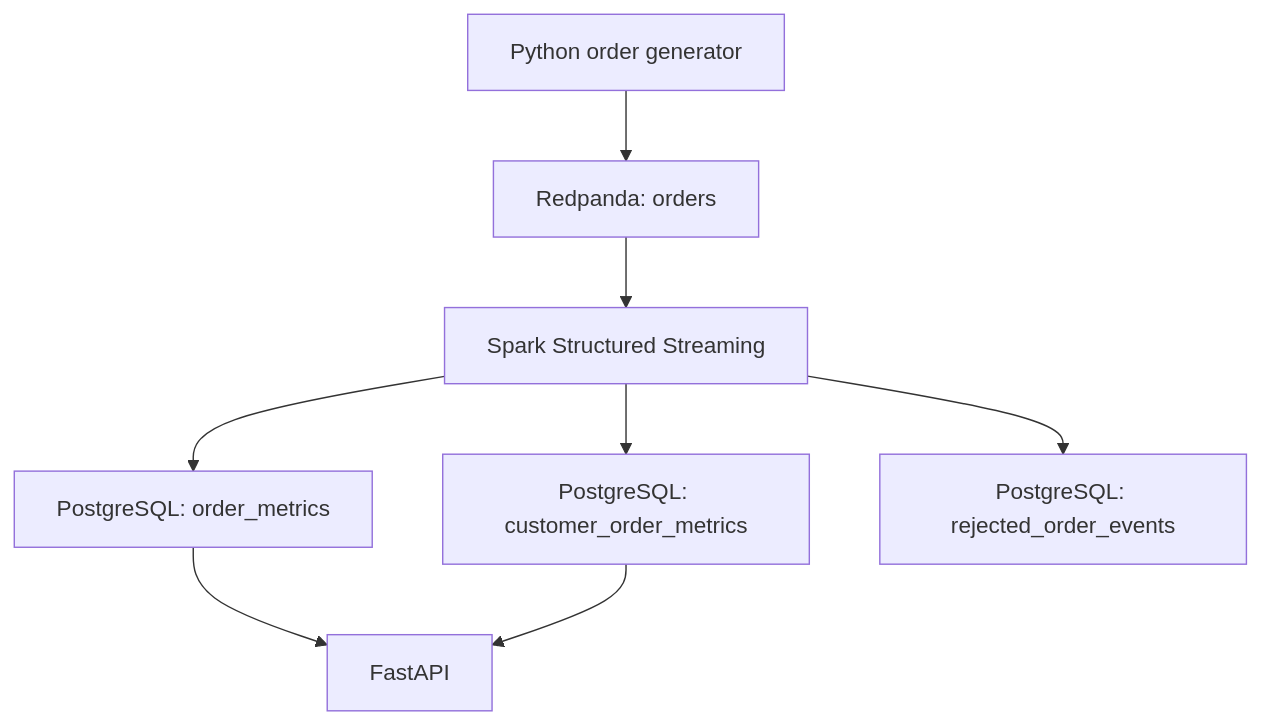
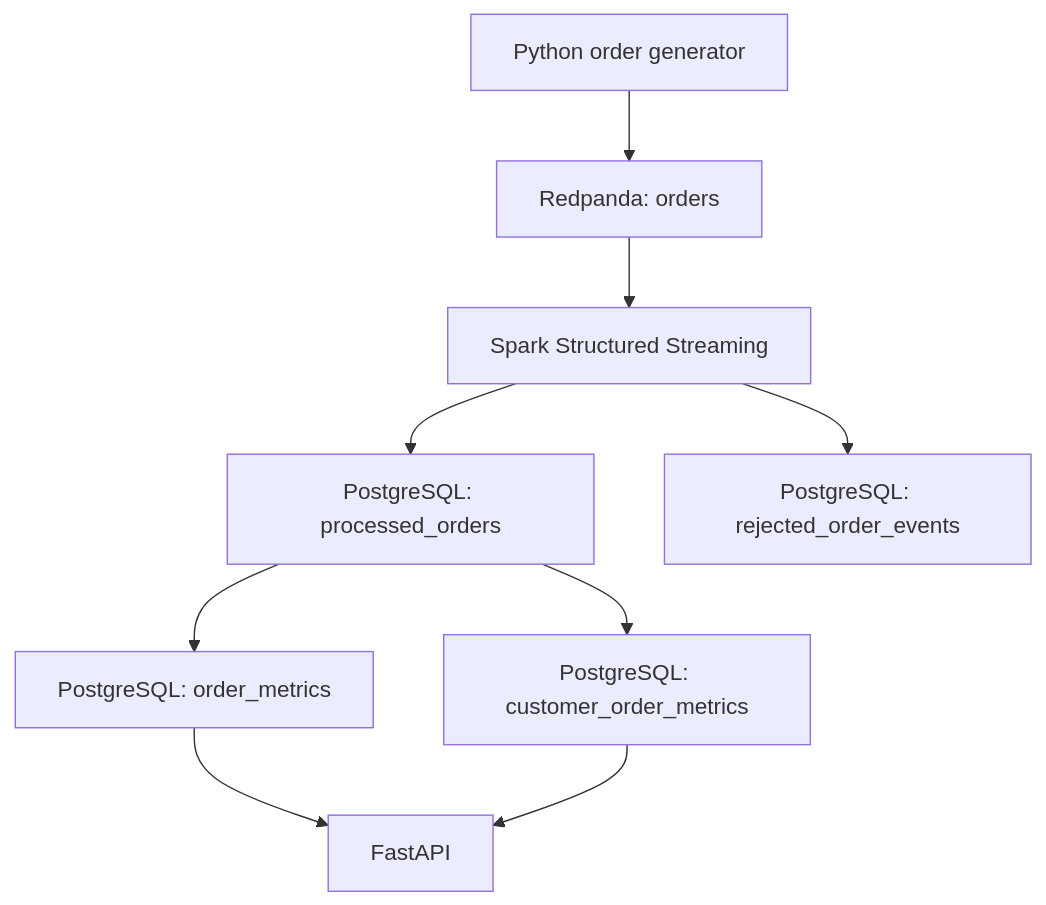
One commit to malapatisaisony/streaming-metrics-api changed the diagram in README.md. Above: the diagram before and after it, drawn with Mermaid. The commit also changed other lines of this file and 4 other files, not shown here.

Commit message:
Prevent duplicate orders from inflating metrics

````diff
--- a/README.md
+++ b/README.md
@@ -7,10 +7,11 @@
 ```mermaid
 flowchart TD
     P["Python order generator"] --> R["Redpanda: orders"]
     R --> S["Spark Structured Streaming"]
-    S --> M["PostgreSQL: order_metrics"]
-    S --> C["PostgreSQL: customer_order_metrics"]
+    S --> L["PostgreSQL: processed_orders"]
+    L --> M["PostgreSQL: order_metrics"]
+    L --> C["PostgreSQL: customer_order_metrics"]
     S --> X["PostgreSQL: rejected_order_events"]
     M --> A["FastAPI"]
     C --> A
 ```
````
